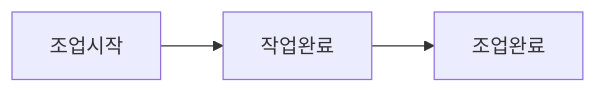
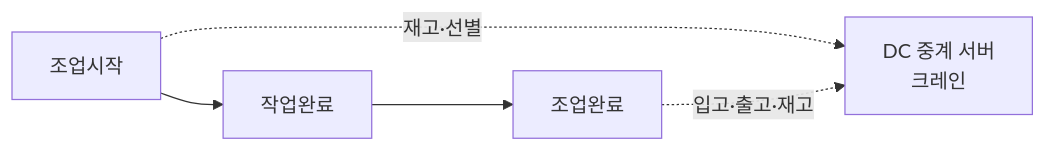
The fifth of 5 diagrams in README.md (OhGwonSik/PH_DO), drawn with Mermaid before and after one commit. The commit also changed other lines of this file, not shown here.

Commit message:
README: API 호출 시점을 모듈별로 정확하게 다이어그램에 표시

````diff
--- a/README.md
+++ b/README.md
@@ -78,4 +78,6 @@
 ```mermaid
 flowchart LR
     A[조업시작] --> B[작업완료] --> C[조업완료]
+    A -. 재고·선별 .-> D[DC 중계 서버<br/>크레인]
+    C -. 입고·출고·재고 .-> D
 ```
````
